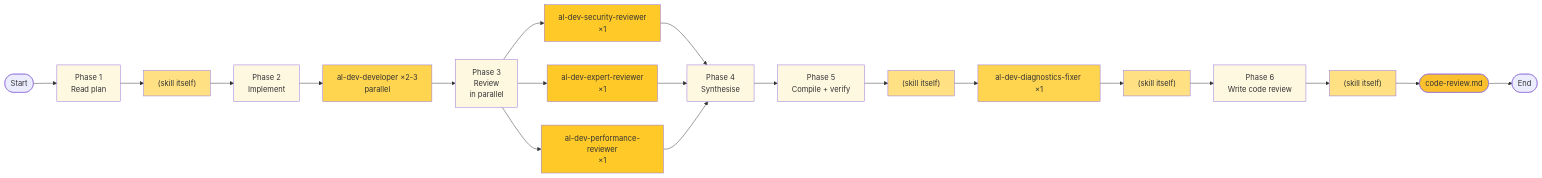
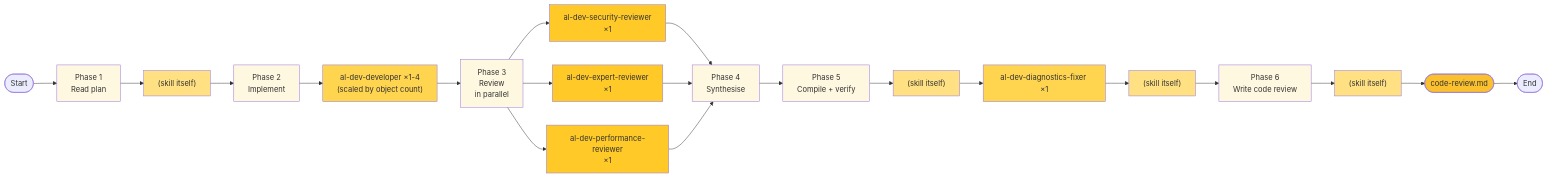
Before and after one commit to russell-laing/al-dev-shared: the sixth of 18 diagrams in docs/al-dev-plugin-map.md, drawn with Mermaid. The commit also changed other lines of this file, not shown here.

Commit message:
docs: fix two technical inaccuracies in plugin map
- /al-dev-develop developer label corrected from ×2-3 to ×1-4 (scaled by object count: 1-3 objects → ×1 dev, 4-8 → ×2-3, 9+ → ×3-4)
- /align-harness-repos removed from Observations "Skills with no dedicated agent" section (project-local tool in .claude/skills/, not plugin skill)

````diff
--- a/docs/al-dev-plugin-map.md
+++ b/docs/al-dev-plugin-map.md
@@ -219,42 +219,42 @@
 ```mermaid
 flowchart LR
     Start([Start]) --> Phase1["Phase 1<br/>Read plan"]
     Phase1 --> SkillWork1["(skill itself)"]
     SkillWork1 --> Phase2["Phase 2<br/>Implement"]
-    Phase2 --> DevAgent["al-dev-developer ×2-3<br/>parallel"]
+    Phase2 --> DevAgent["al-dev-developer ×1-4<br/>(scaled by object count)"]
     DevAgent --> Phase3["Phase 3<br/>Review<br/>in parallel"]
 
     Phase3 --> SecReview["al-dev-security-reviewer<br/>×1"]
     Phase3 --> ExpertReview["al-dev-expert-reviewer<br/>×1"]
     Phase3 --> PerfReview["al-dev-performance-reviewer<br/>×1"]
 
     SecReview --> Phase4["Phase 4<br/>Synthesise"]
     ExpertReview --> Phase4
     PerfReview --> Phase4
 
     Phase4 --> Phase5["Phase 5<br/>Compile + verify"]
     Phase5 --> SkillWork2["(skill itself)"]
     SkillWork2 --> CompileAgent["al-dev-diagnostics-fixer ×1"]
     CompileAgent --> SkillWork3["(skill itself)"]
     SkillWork3 --> Phase6["Phase 6<br/>Write code review"]
     Phase6 --> SkillWork4["(skill itself)"]
     SkillWork4 --> Output1(["code-review.md"])
     Output1 --> End([End])
 
     style Phase1 fill:#fff8e1
     style Phase2 fill:#fff8e1
     style Phase3 fill:#fff8e1
     style Phase4 fill:#fff8e1
     style Phase5 fill:#fff8e1
     style Phase6 fill:#fff8e1
     style SkillWork1 fill:#ffe082
     style SkillWork2 fill:#ffe082
     style SkillWork3 fill:#ffe082
     style SkillWork4 fill:#ffe082
     style DevAgent fill:#ffd54f
     style CompileAgent fill:#ffd54f
     style SecReview fill:#ffca28
     style ExpertReview fill:#ffca28
     style PerfReview fill:#ffca28
     style Output1 fill:#fbc02d
 ```
````
